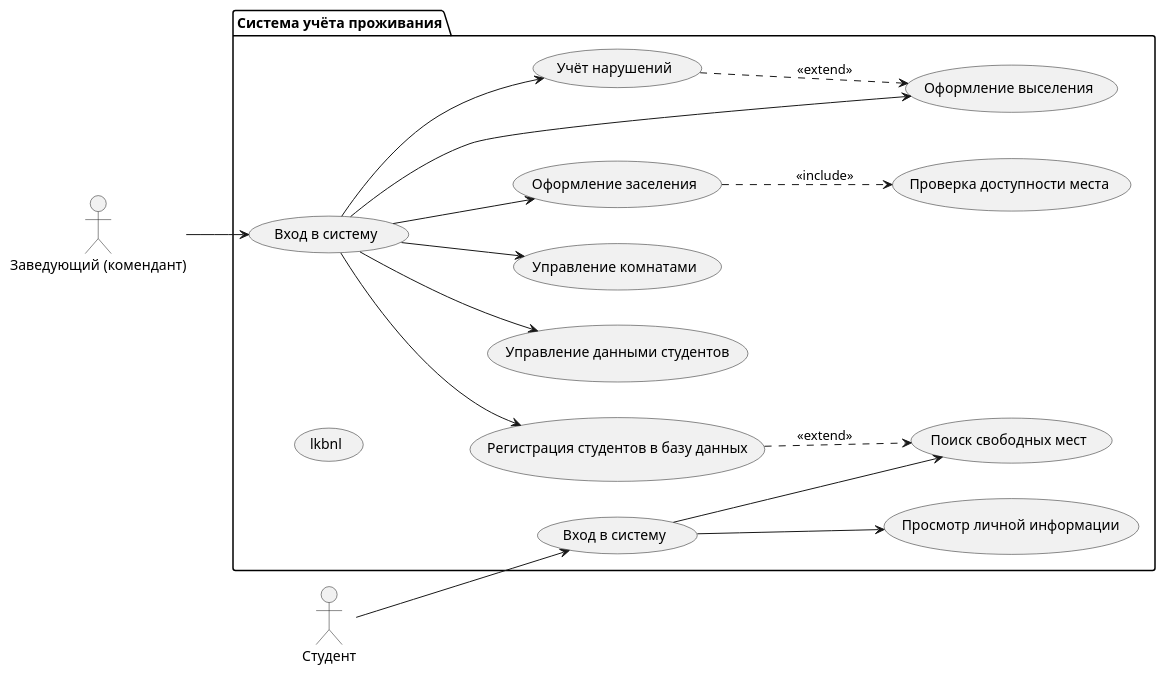
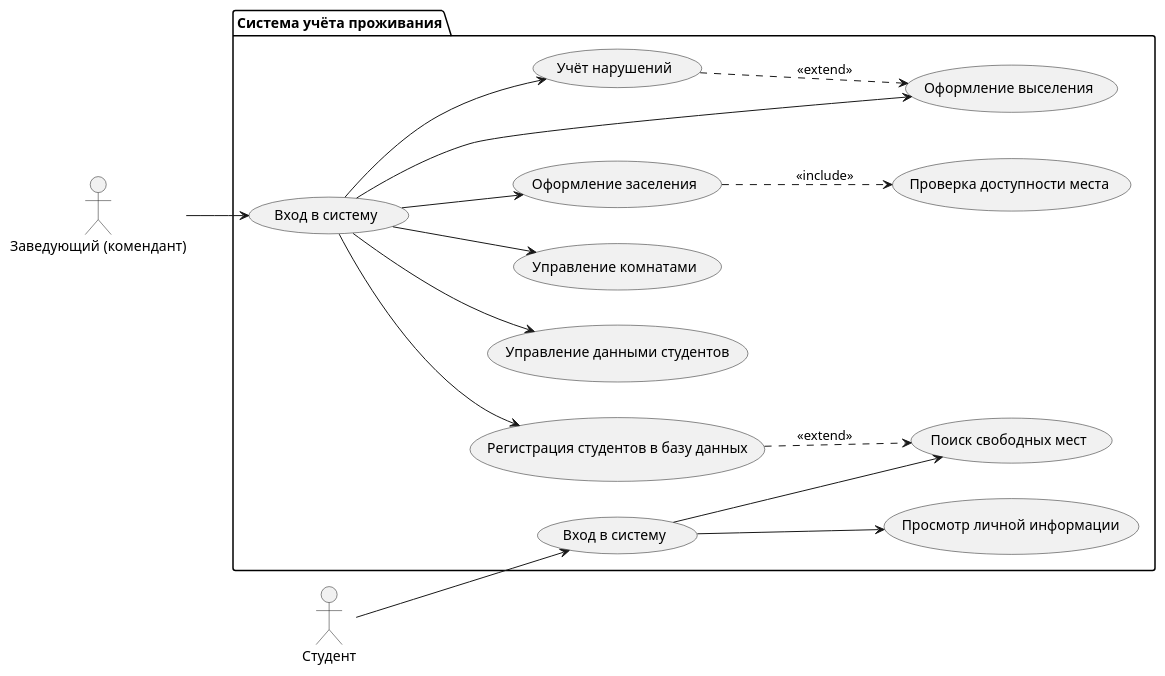
Before and after one commit to toropovaaleksandra22-star/GITLABA1: the diagram in docs/use-case.puml, drawn with PlantUML.

```diff
--- a/docs/use-case.puml
+++ b/docs/use-case.puml
@@ -1,37 +1,36 @@
 @startuml
 left to right direction
 actor "Заведующий (комендант)" as Admin
 actor "Студент" as Student
 
 package "Система учёта проживания" {
   usecase "Управление данными студентов" as UC_Students
   usecase "Управление комнатами" as UC_Rooms
   usecase "Оформление заселения" as UC_CheckIn
   usecase "Оформление выселения" as UC_CheckOut
   usecase "Учёт нарушений" as UC_Narushenia
   usecase "Регистрация студентов в базу данных" as UC_Registrazia
   usecase "Поиск свободных мест" as UC_SearchFree
   usecase "Просмотр личной информации" as UC_SelfInfo
   usecase "Вход в систему" as UC_SistemA
   usecase "Вход в систему" as UC_SistemS
   usecase "Проверка доступности места" as UC_RoomCheck
-  usecase "lkbnl" as UC_lnvef
 }
 
 Admin --> UC_SistemA
 UC_SistemA --> UC_Students
 UC_SistemA --> UC_Rooms
 UC_SistemA --> UC_CheckIn
 UC_SistemA --> UC_CheckOut
 UC_SistemA --> UC_Narushenia
 UC_SistemA --> UC_Registrazia
 
 Student --> UC_SistemS
 UC_SistemS --> UC_SearchFree
 UC_SistemS --> UC_SelfInfo
 
 UC_CheckIn ..> UC_RoomCheck : <<include>>
 UC_Narushenia ..> UC_CheckOut : <<extend>>
 UC_Registrazia ..> UC_SearchFree : <<extend>>
 
 @enduml
```
